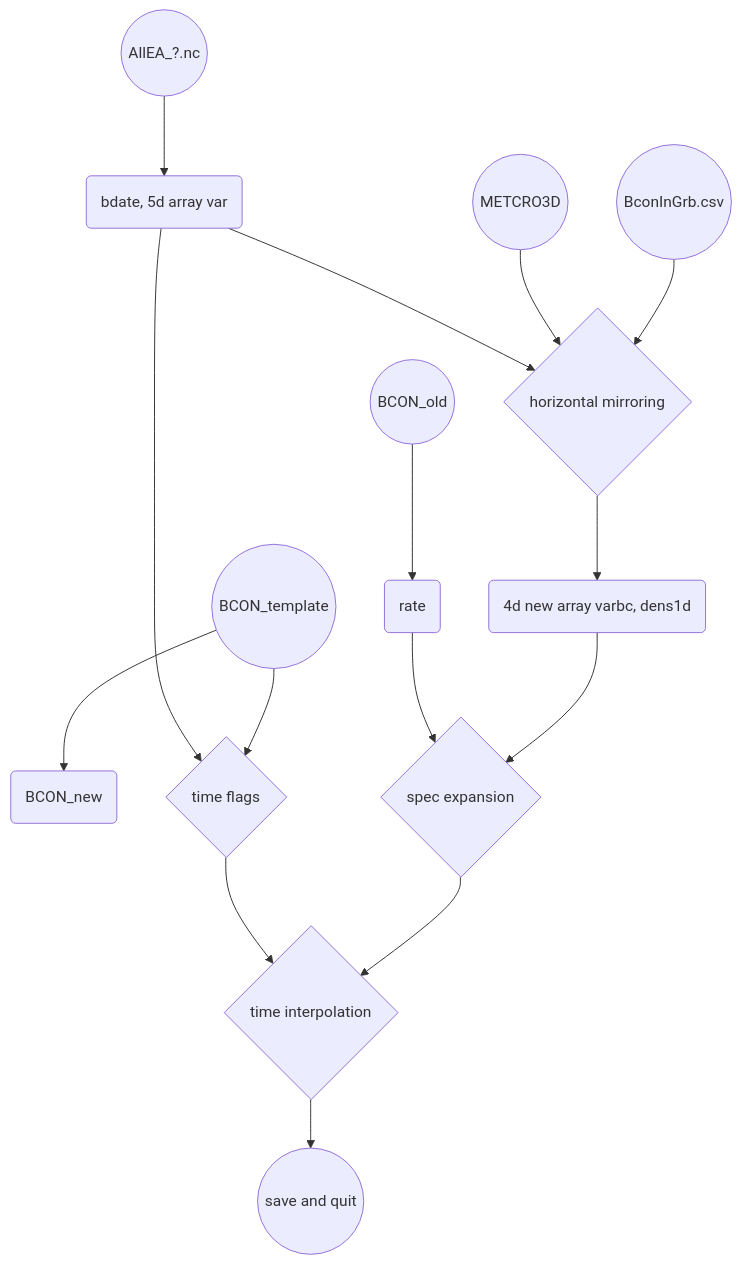
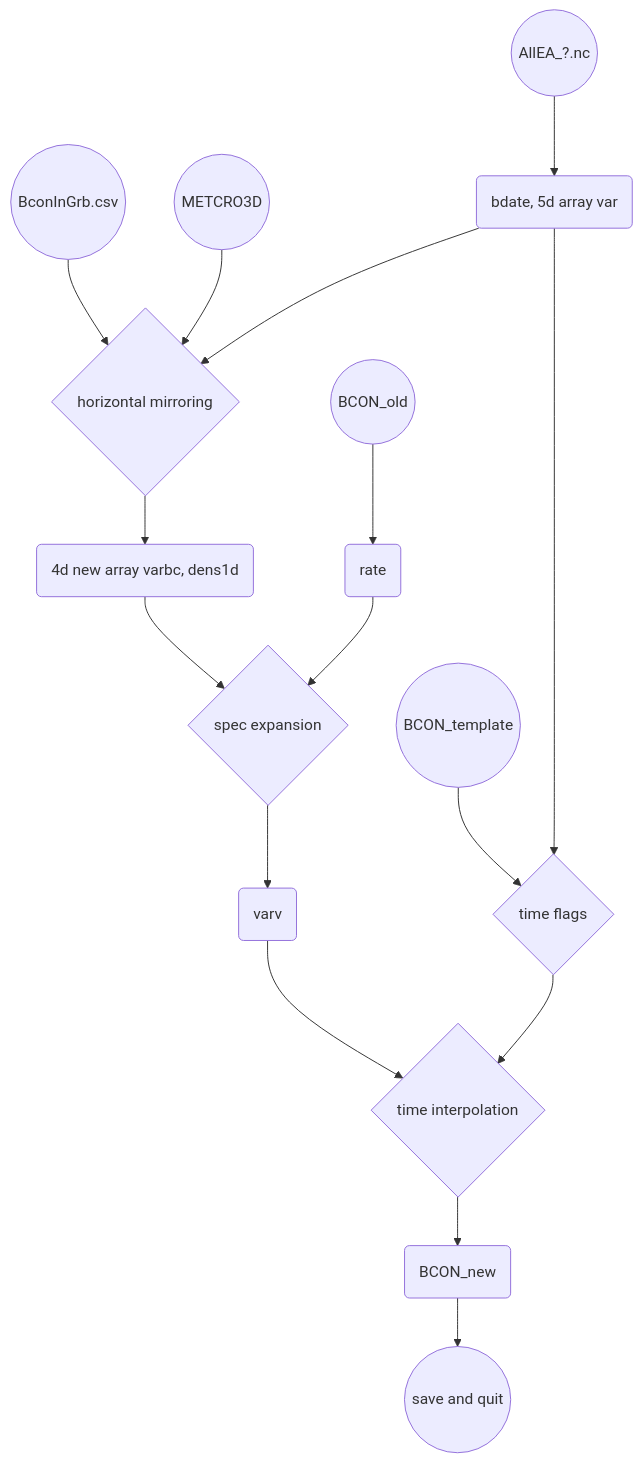
One commit to sinotec2/FAQ changed the diagram in _posts/2022-08-16-CAMS_bc.md. Above: the diagram before and after it, drawn with Mermaid.

````diff
--- a/_posts/2022-08-16-CAMS_bc.md
+++ b/_posts/2022-08-16-CAMS_bc.md
@@ -111,17 +111,18 @@
 ```mermaid
 graph TD
     A((AllEA_?.nc)) --> B(bdate, 5d array var)
     C((BCON_old)) --> D(rate)
-    G((BCON_template)) --> H(BCON_new)
     J((BconInGrb.csv)) --> K{horizontal mirroring}
     E((METCRO3D)) --> K
-    G --> I{time flags}
+    G((BCON_template)) --> I{time flags}
     B --> I
     B --> K
     K --> L(4d new array varbc, dens1d)
     L --> M{spec expansion}
     D --> M
-    M --> O{time interpolation}
+    M --> Q(varv)
+    Q --> O{time interpolation}
     I --> O
-    O --> P((save and quit))
+    O --> H(BCON_new)
+    H --> P((save and quit))
 ```
````
